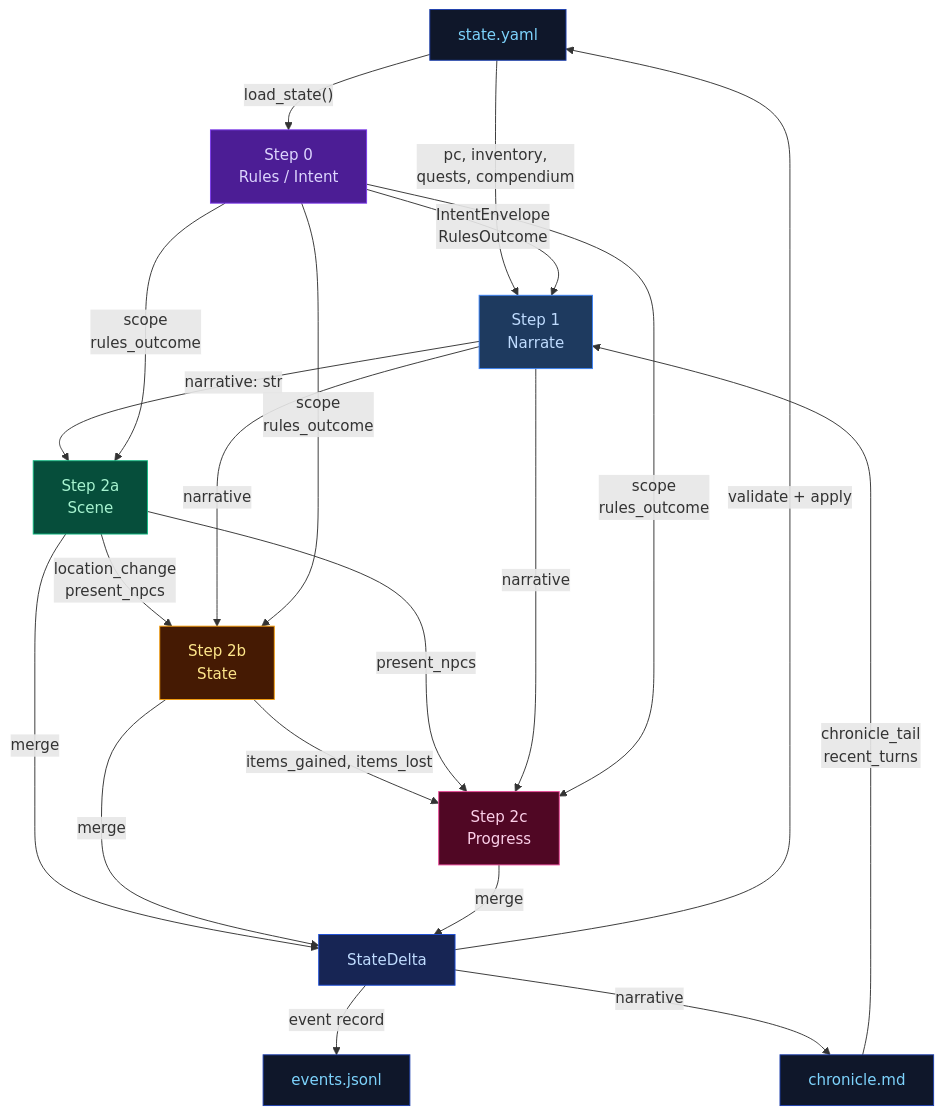
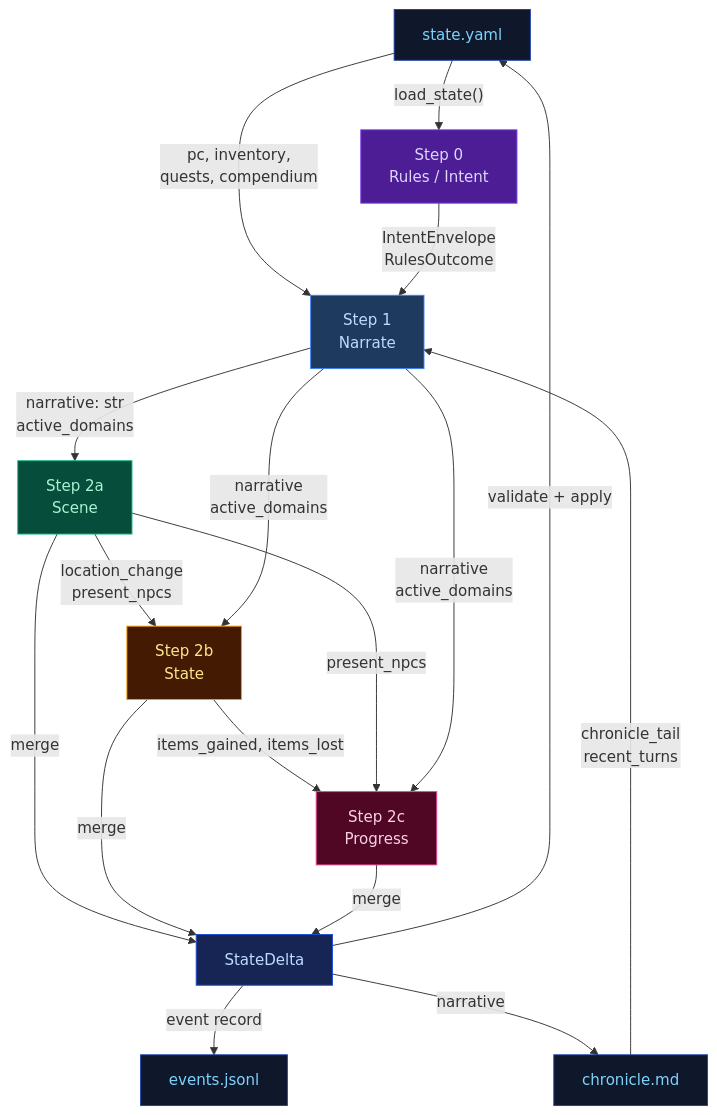
One commit to pww217/fablethread changed diagram 11 of 11 in docs/ARCHITECTURE.md. Above: the diagram before and after it, drawn with Mermaid. The commit also changed other lines of this file and 22 other files, not shown here.

````diff
--- a/docs/ARCHITECTURE.md
+++ b/docs/ARCHITECTURE.md
@@ -432,32 +452,29 @@
 ```mermaid
 flowchart TD
     classDef stageRules    fill:#4c1d95,color:#ddd6fe,stroke:#7c3aed
     classDef stageNarrate  fill:#1e3a5f,color:#bfdbfe,stroke:#3b82f6
     classDef stageScene    fill:#064e3b,color:#a7f3d0,stroke:#10b981
     classDef stageState    fill:#451a03,color:#fde68a,stroke:#f59e0b
     classDef stageProgress fill:#500724,color:#fbcfe8,stroke:#ec4899
     classDef storageNode   fill:#0f172a,color:#7dd3fc,stroke:#1e40af
     classDef mergeNode     fill:#172554,color:#bfdbfe,stroke:#1d4ed8
 
     STATE["state.yaml"]:::storageNode
     CHRONICLE["chronicle.md"]:::storageNode
     EVENTS["events.jsonl"]:::storageNode
 
     STATE -- "load_state()" --> STEP0["Step 0<br>Rules / Intent"]:::stageRules
     CHRONICLE -- "chronicle_tail<br>recent_turns" --> STEP1["Step 1<br>Narrate"]:::stageNarrate
     STATE -- "pc, inventory,<br>quests, compendium" --> STEP1
     STEP0 -- "IntentEnvelope<br>RulesOutcome" --> STEP1
-    STEP1 -- "narrative: str" --> STEP2A["Step 2a<br>Scene"]:::stageScene
-    STEP0 -- "scope<br>rules_outcome" --> STEP2A
+    STEP1 -- "narrative: str<br>active_domains" --> STEP2A["Step 2a<br>Scene"]:::stageScene
     STEP2A -- "location_change<br>present_npcs" --> STEP2B["Step 2b<br>State"]:::stageState
-    STEP1 -- "narrative" --> STEP2B
-    STEP0 -- "scope<br>rules_outcome" --> STEP2B
+    STEP1 -- "narrative<br>active_domains" --> STEP2B
     STEP2B -- "items_gained, items_lost" --> STEP2C["Step 2c<br>Progress"]:::stageProgress
     STEP2A -- "present_npcs" --> STEP2C
-    STEP1 -- "narrative" --> STEP2C
-    STEP0 -- "scope<br>rules_outcome" --> STEP2C
+    STEP1 -- "narrative<br>active_domains" --> STEP2C
     STEP2A & STEP2B & STEP2C -- "merge" --> DELTA["StateDelta"]:::mergeNode
     DELTA -- "validate + apply" --> STATE
     DELTA -- "event record" --> EVENTS
     DELTA -- "narrative" --> CHRONICLE
 ```
````
